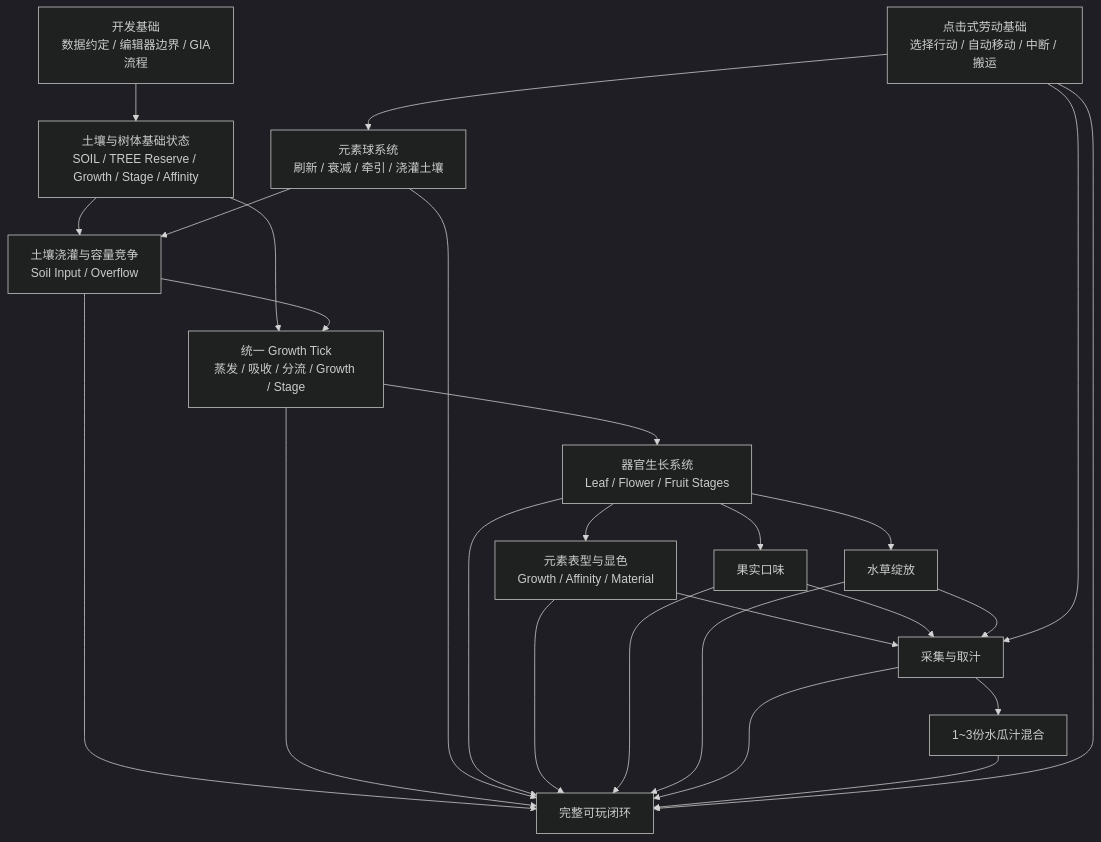
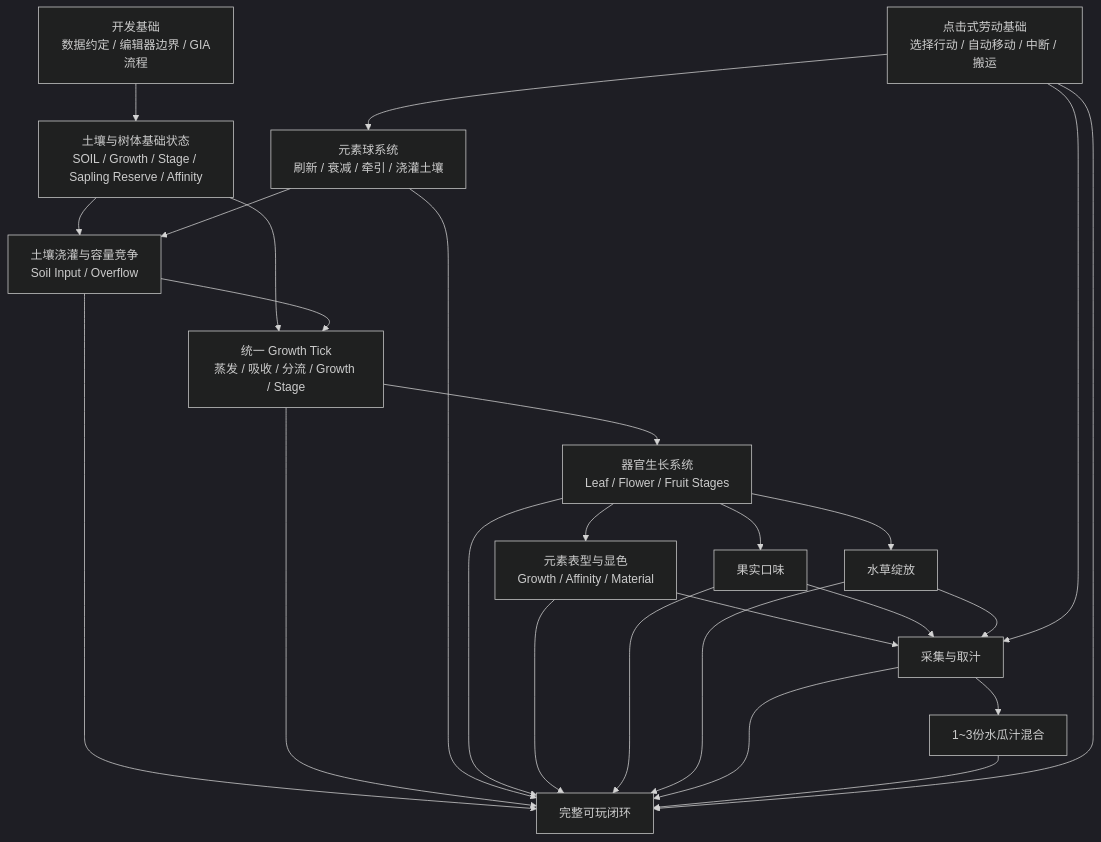
One commit to Ri0n72Y/idea-slime-bar changed the first of 4 diagrams in mvp/watermelon-kitchen/implementation-roadmap.md. Above: the diagram before and after it, drawn with Mermaid (dark theme).

Commit message:
docs: clarify reserve starts at sapling

````diff
--- a/mvp/watermelon-kitchen/implementation-roadmap.md
+++ b/mvp/watermelon-kitchen/implementation-roadmap.md
@@ -16,51 +16,51 @@
 ```mermaid
 flowchart TD
     A[开发基础<br/>数据约定 / 编辑器边界 / GIA流程]
 
-    B[土壤与树体基础状态<br/>SOIL / TREE Reserve / Growth / Stage / Affinity]
+    B[土壤与树体基础状态<br/>SOIL / Growth / Stage / Sapling Reserve / Affinity]
     C[土壤浇灌与容量竞争<br/>Soil Input / Overflow]
     D[统一 Growth Tick<br/>蒸发 / 吸收 / 分流 / Growth / Stage]
 
     E[元素球系统<br/>刷新 / 衰减 / 牵引 / 浇灌土壤]
     F[器官生长系统<br/>Leaf / Flower / Fruit Stages]
     G[元素表型与显色<br/>Growth / Affinity / Material]
 
     H[果实口味]
     I[水草绽放]
     J[采集与取汁]
     K[1~3份水瓜汁混合]
 
     L[点击式劳动基础<br/>选择行动 / 自动移动 / 中断 / 搬运]
     M[完整可玩闭环]
 
     A --> B
     B --> C
     B --> D
     C --> D
     E --> C
 
     D --> F
     F --> G
     F --> H
     F --> I
 
     G --> J
     H --> J
     I --> J
 
     J --> K
 
     L --> E
     L --> J
 
     C --> M
     D --> M
     E --> M
     F --> M
     G --> M
     H --> M
     I --> M
     J --> M
     K --> M
     L --> M
 ```
````
